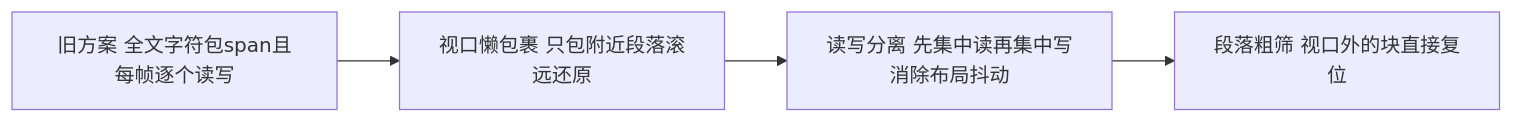
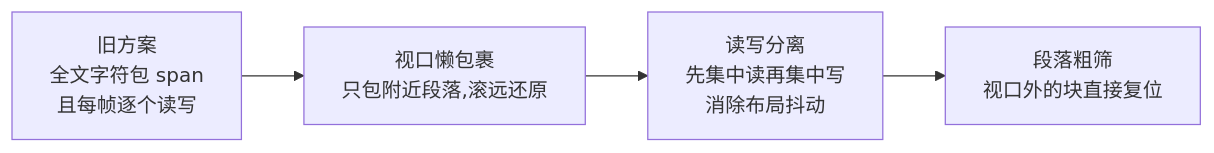
Before and after one commit to huyangpahuo/magzine-branch: the third of 4 diagrams in docs/05-性能设计.md, drawn with Mermaid. The commit also changed other lines of this file and 12 other files, not shown here.

````diff
--- a/docs/05-性能设计.md
+++ b/docs/05-性能设计.md
@@ -30,6 +60,6 @@
 ```mermaid
 flowchart LR
-    A["旧方案 全文字符包span且每帧逐个读写"] --> B["视口懒包裹 只包附近段落滚远还原"]
-    B --> C["读写分离 先集中读再集中写消除布局抖动"]
-    C --> D["段落粗筛 视口外的块直接复位"]
+    A["旧方案<br/>全文字符包 span<br/>且每帧逐个读写"] --> B["视口懒包裹<br/>只包附近段落,滚远还原"]
+    B --> C["读写分离<br/>先集中读再集中写<br/>消除布局抖动"]
+    C --> D["段落粗筛<br/>视口外的块直接复位"]
 ```
````
